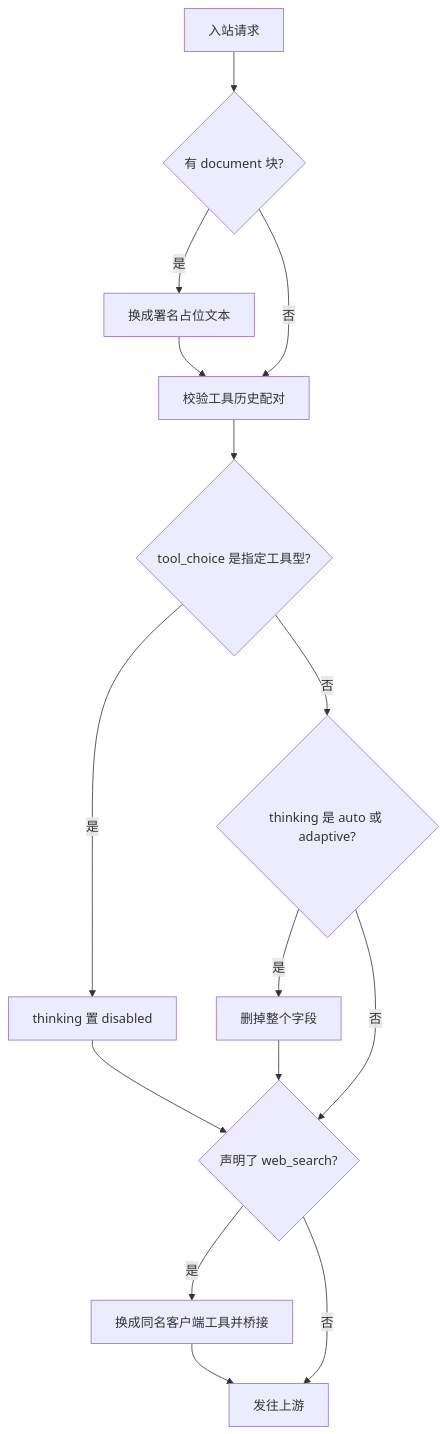
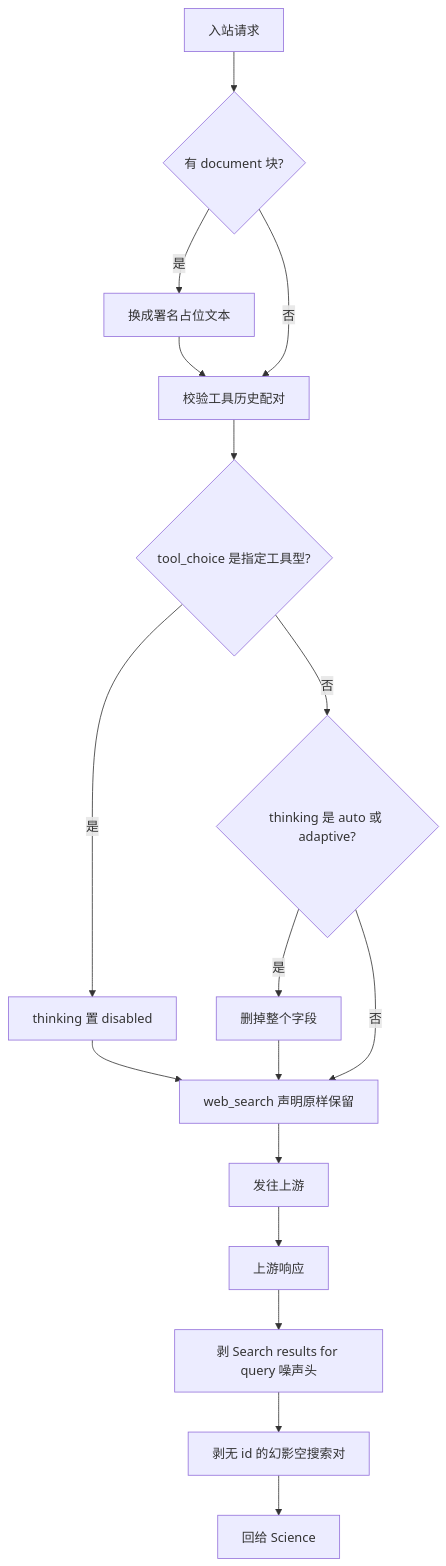
One commit to RerrentLinden/CSSwitch changed the third of 3 diagrams in docs/message-block-flow.md. Above: the diagram before and after it, drawn with Mermaid. The commit also changed other lines of this file and 3 other files, not shown here.

First line of the commit message:
docs: record the second, successful web_search bridge retirement

````diff
--- a/docs/message-block-flow.md
+++ b/docs/message-block-flow.md
@@ -87,17 +87,19 @@
 ```mermaid
 flowchart TD
     IN[入站请求] --> DOC{有 document 块?}
     DOC -->|是| DOCF[换成署名占位文本]
     DOC -->|否| HIST[校验工具历史配对]
     DOCF --> HIST
     HIST --> TC{tool_choice 是指定工具型?}
     TC -->|是| TCF[thinking 置 disabled]
     TC -->|否| TH{thinking 是 auto 或 adaptive?}
     TH -->|是| THF[删掉整个字段]
-    TH -->|否| TOOLS{声明了 web_search?}
+    TH -->|否| TOOLS[web_search 声明原样保留]
     TCF --> TOOLS
     THF --> TOOLS
-    TOOLS -->|是| WS[换成同名客户端工具并桥接]
-    TOOLS -->|否| OUT[发往上游]
-    WS --> OUT
+    TOOLS --> OUT[发往上游]
+    OUT --> RESP[上游响应]
+    RESP --> NOISE[剥 Search results for query 噪声头]
+    NOISE --> PAIR[剥无 id 的幻影空搜索对]
+    PAIR --> CLIENT[回给 Science]
 ```
````
